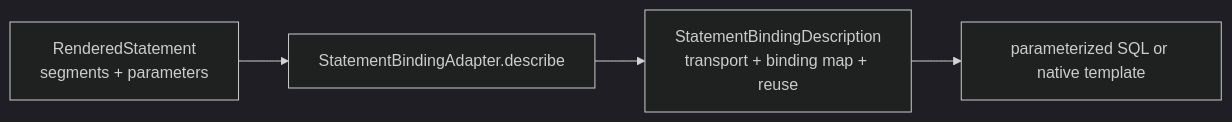
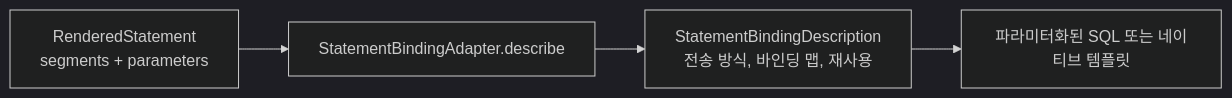
The third of 5 diagrams in docs/mental-model.ko.md (Clickin/SQLBraid), drawn with Mermaid (dark theme) before and after one commit. The commit also changed other lines of this file and 50 other files, not shown here.

````diff
--- a/docs/mental-model.ko.md
+++ b/docs/mental-model.ko.md
@@ -120,6 +120,6 @@
 ```mermaid
 flowchart LR
   R[RenderedStatement<br/>segments + parameters] --> S[StatementBindingAdapter.describe]
-  S --> B[StatementBindingDescription<br/>transport + binding map + reuse]
-  B --> P[parameterized SQL or native template]
+  S --> B[StatementBindingDescription<br/>전송 방식, 바인딩 맵, 재사용]
+  B --> P[파라미터화된 SQL 또는 네이티브 템플릿]
 ```
````
